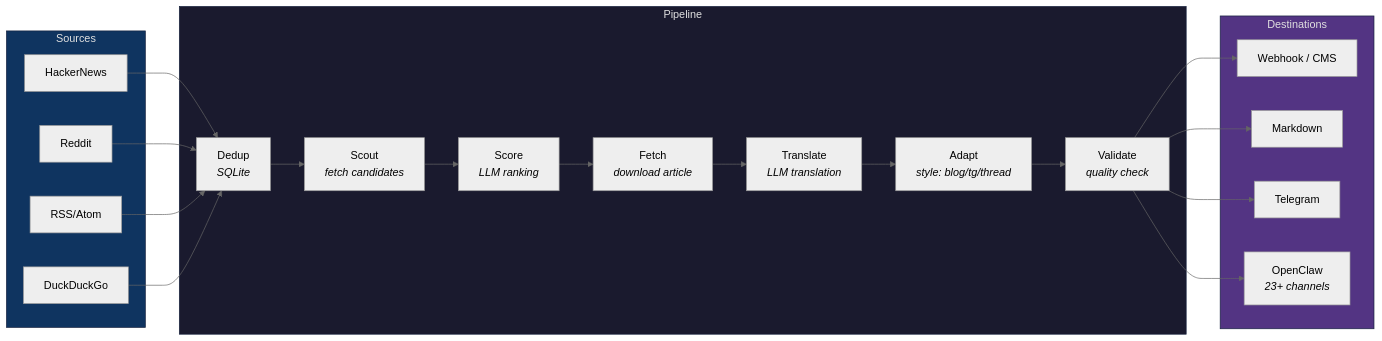
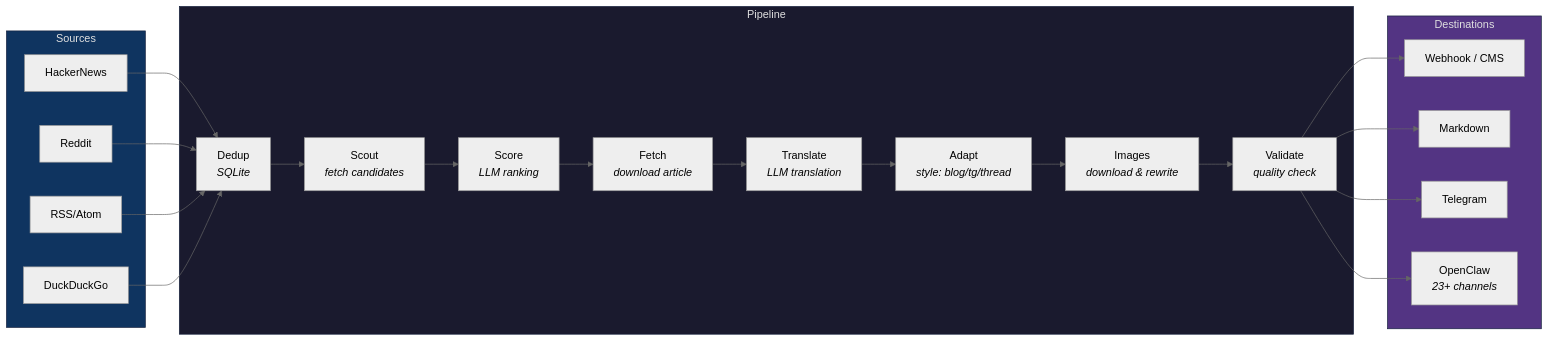
The first of 3 diagrams in README.md (DenSul/pipepost), drawn with Mermaid (neutral theme) before and after one commit. The commit also changed other lines of this file, not shown here.

Commit message:
docs: comprehensive README update — CLI reference, architecture, typed configs

````diff
--- a/README.md
+++ b/README.md
@@ -135,33 +140,34 @@
 ```mermaid
 graph LR
     subgraph Sources
         HN[HackerNews]
         RD[Reddit]
         RSS[RSS/Atom]
         DDG[DuckDuckGo]
     end
 
     subgraph Pipeline
         Dedup[Dedup<br><i>SQLite</i>]
         Scout[Scout<br><i>fetch candidates</i>]
         Score[Score<br><i>LLM ranking</i>]
         Fetch[Fetch<br><i>download article</i>]
         Translate[Translate<br><i>LLM translation</i>]
         Adapt[Adapt<br><i>style: blog/tg/thread</i>]
+        Images[Images<br><i>download & rewrite</i>]
         Validate[Validate<br><i>quality check</i>]
     end
 
     subgraph Destinations
         WH[Webhook / CMS]
         MD[Markdown]
         TG[Telegram]
         OC[OpenClaw<br><i>23+ channels</i>]
     end
 
-    HN & RD & RSS & DDG --> Dedup --> Scout --> Score --> Fetch --> Translate --> Adapt --> Validate
+    HN & RD & RSS & DDG --> Dedup --> Scout --> Score --> Fetch --> Translate --> Adapt --> Images --> Validate
     Validate --> WH & MD & TG & OC
 
     style Pipeline fill:#1a1a2e,stroke:#16213e,color:#e0e0e0
     style Sources fill:#0f3460,stroke:#16213e,color:#e0e0e0
     style Destinations fill:#533483,stroke:#16213e,color:#e0e0e0
 ```
````
